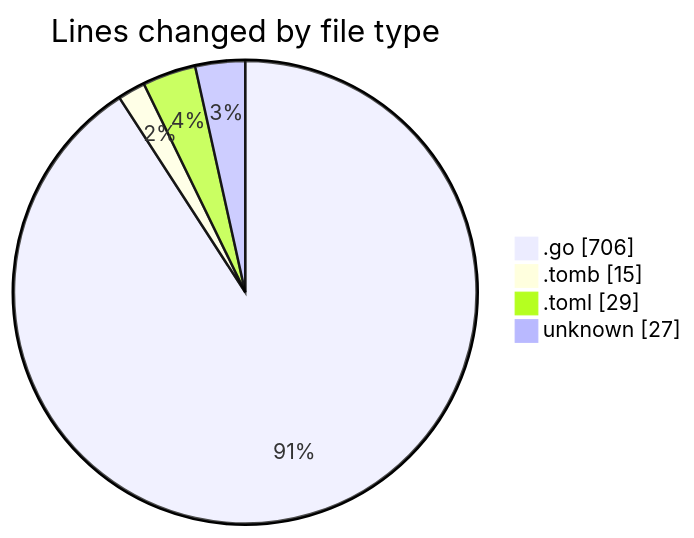
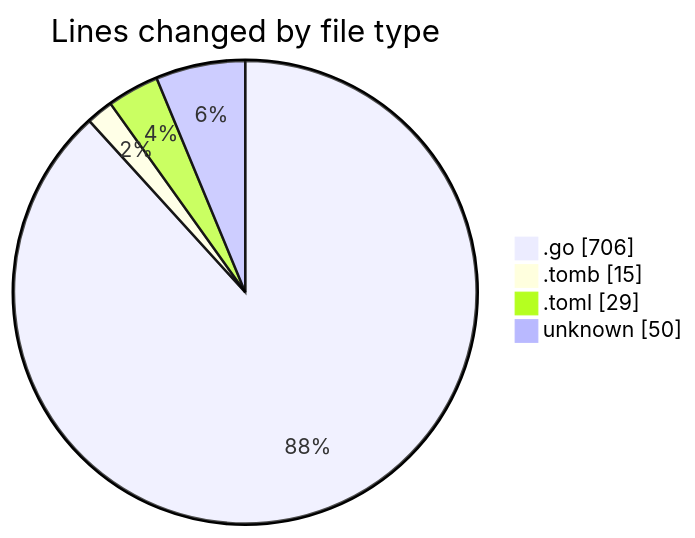
Before and after one commit to Ritupan-Deka/code-tracking: the first of 2 diagrams in 2025-10-31/backend/README.md, drawn with Mermaid. The commit also changed other lines of this file and 1 other file, not shown here.

````diff
--- a/2025-10-31/backend/README.md
+++ b/2025-10-31/backend/README.md
@@ -27,8 +28,8 @@
 ```mermaid
 pie showData
 title Lines changed by file type
 ".go" : 706
 ".tomb" : 15
 ".toml" : 29
-"unknown" : 27
+"unknown" : 50
 ```
````
